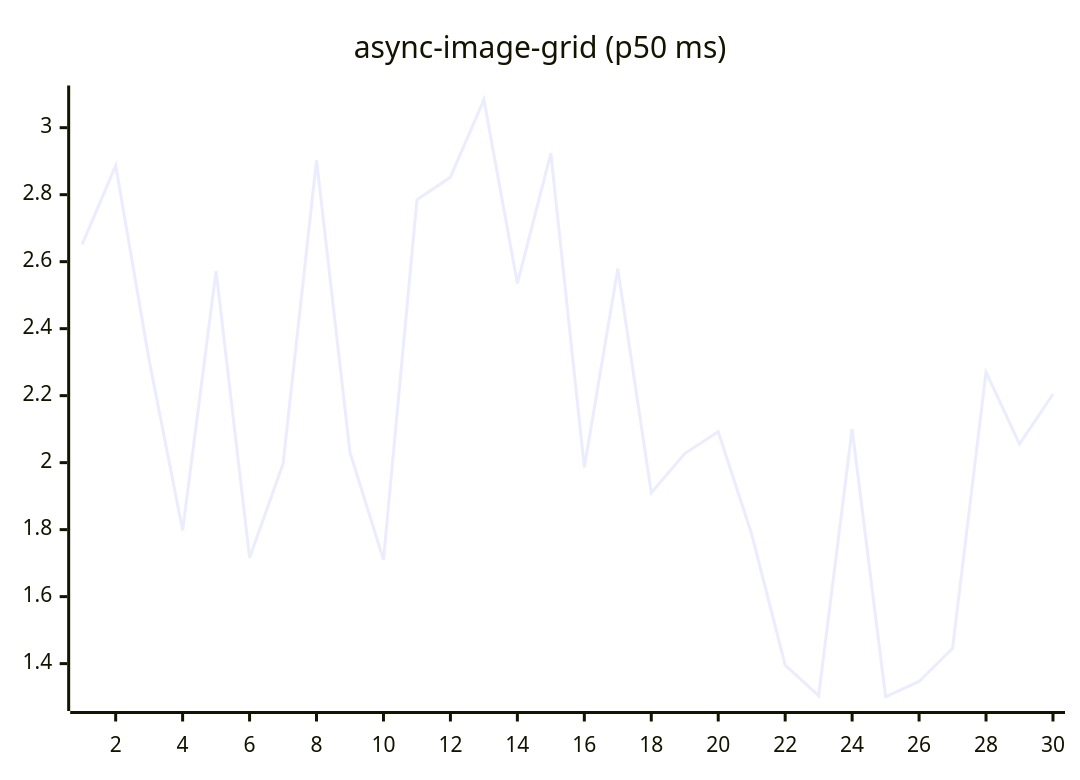
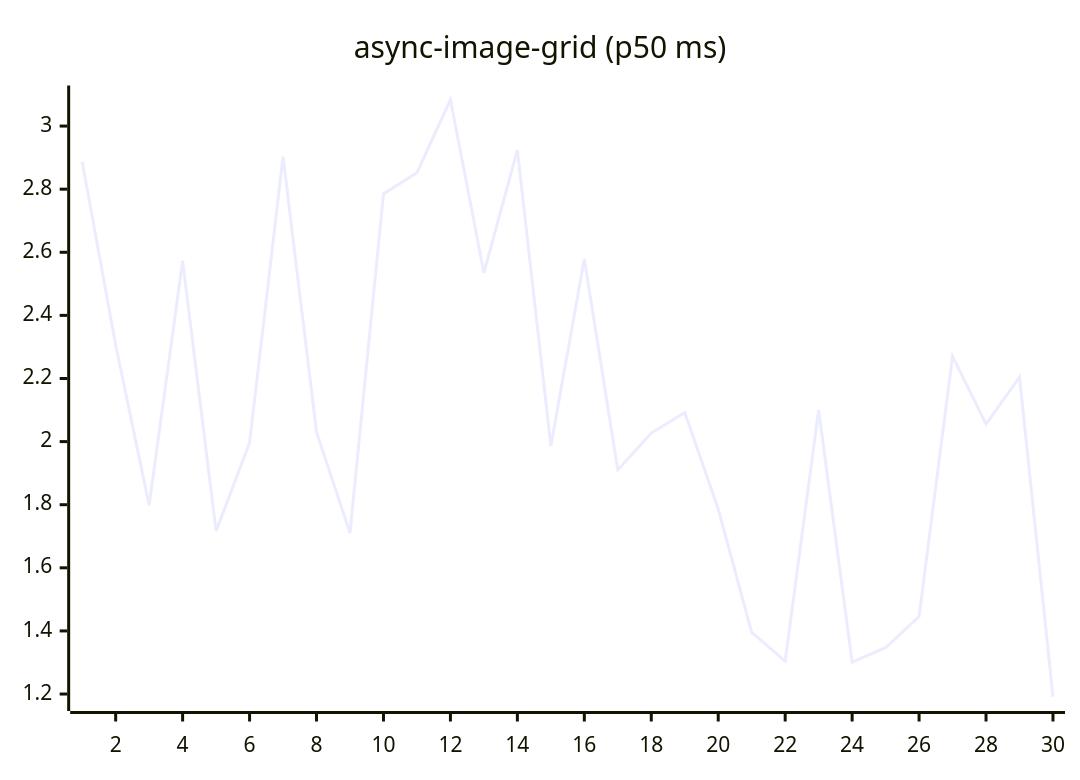
One commit to josha/Facet changed the fifth of 27 diagrams in README.md. Above: the diagram before and after it, drawn with Mermaid. The commit also changed other lines of this file and 2 other files, not shown here.

````diff
--- a/README.md
+++ b/README.md
@@ -91,6 +91,6 @@
 ```mermaid
 xychart-beta
     title "async-image-grid (p50 ms)"
     x-axis 1 --> 30
-    line [2.6515, 2.8871, 2.3060, 1.7979, 2.5726, 1.7163, 1.9964, 2.9032, 2.0307, 1.7099, 2.7848, 2.8523, 3.0834, 2.5349, 2.9237, 1.9862, 2.5787, 1.9102, 2.0270, 2.0924, 1.7862, 1.3954, 1.3043, 2.1007, 1.3011, 1.3467, 1.4457, 2.2705, 2.0555, 2.2044]
+    line [2.8871, 2.3060, 1.7979, 2.5726, 1.7163, 1.9964, 2.9032, 2.0307, 1.7099, 2.7848, 2.8523, 3.0834, 2.5349, 2.9237, 1.9862, 2.5787, 1.9102, 2.0270, 2.0924, 1.7862, 1.3954, 1.3043, 2.1007, 1.3011, 1.3467, 1.4457, 2.2705, 2.0555, 2.2044, 1.1914]
 ```
````
